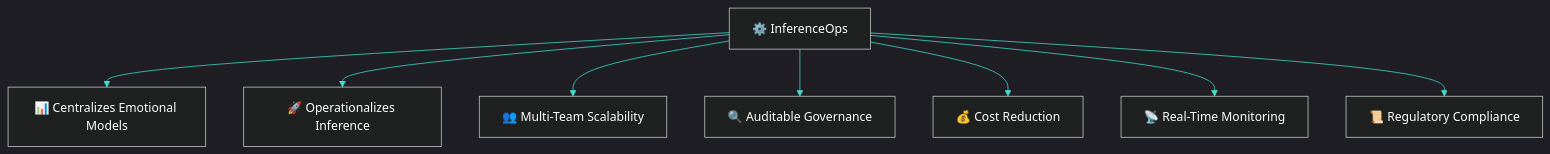
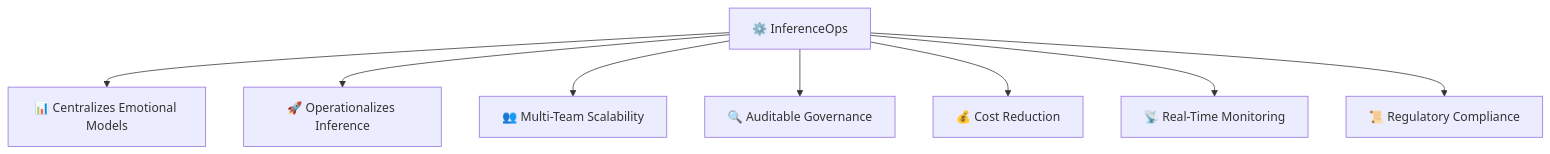
The fifth of 5 diagrams in README.md (Mindful-AI-Assistants/Project-Startup-Mindful-Emotional-AI-Scalable-Ethical-InferenceOps), drawn with Mermaid before and after one commit. The commit also changed other lines of this file, not shown here.

````diff
--- a/README.md
+++ b/README.md
@@ -464,11 +505,11 @@
 ```mermaid
-%%{init: {'theme': 'dark', 'themeVariables': { 'primaryColor': '#1E1E1E', 'primaryBorderColor': '#40E0D0', 'lineColor': '#40E0D0', 'textColor': '#FFFFFF'}}}%%
+%%{init: {'theme': 'dark', 'themeVariables': { 'primaryColor': '\#1E1E1E', 'primaryBorderColor': '\#40E0D0', 'lineColor': '\#40E0D0', 'textColor': '\#FFFFFF'}}}%%
 graph TD
-    A[⚙️ InferenceOps] --> B[📊 Centralizes Emotional Models]
-    A --> C[🚀 Operationalizes Inference]
-    A --> D[👥 Multi-Team Scalability]
-    A --> E[🔍 Auditable Governance]
-    A --> F[💰 Cost Reduction]
-    A --> G[📡 Real-Time Monitoring]
-    A --> H[📜 Regulatory Compliance]
+A[⚙️ InferenceOps] --> B[📊 Centralizes Emotional Models]
+A --> C[🚀 Operationalizes Inference]
+A --> D[👥 Multi-Team Scalability]
+A --> E[🔍 Auditable Governance]
+A --> F[💰 Cost Reduction]
+A --> G[📡 Real-Time Monitoring]
+A --> H[📜 Regulatory Compliance]
 ```
````
